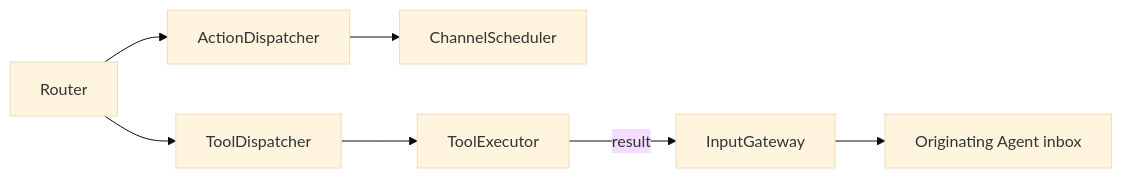
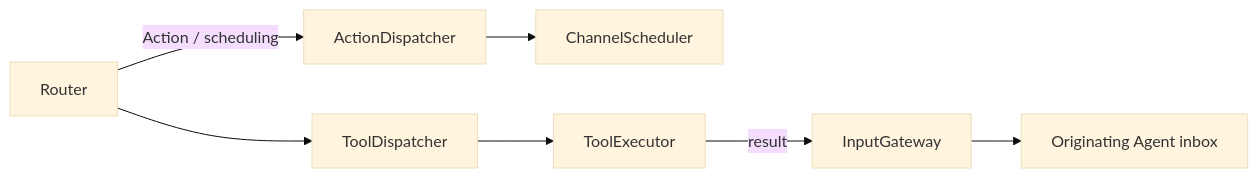
One commit to devilyouwei/MobileHarness changed the diagram in MobileHarness/Gateway/Output/Dispatch/README.md. Above: the diagram before and after it, drawn with Mermaid (base theme). The commit also changed other lines of this file and 97 other files, not shown here.

````diff
--- a/MobileHarness/Gateway/Output/Dispatch/README.md
+++ b/MobileHarness/Gateway/Output/Dispatch/README.md
@@ -17,6 +17,6 @@
 ```mermaid
 flowchart LR
-    Router --> ActionDispatcher --> ChannelScheduler
+    Router -->|Action / scheduling| ActionDispatcher --> ChannelScheduler
     Router --> ToolDispatcher --> ToolExecutor
     ToolExecutor -->|result| InputGateway --> Agent[Originating Agent inbox]
 ```
````
